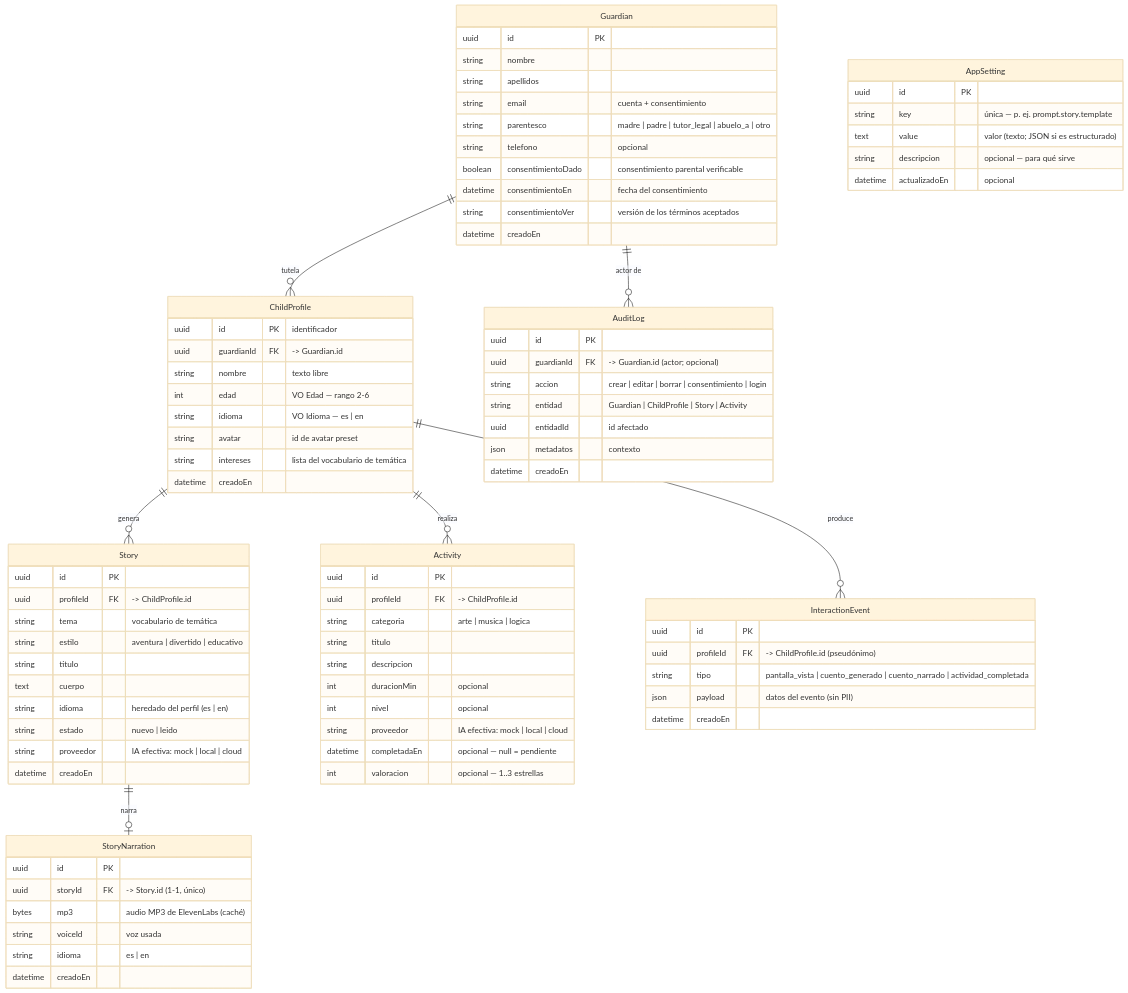
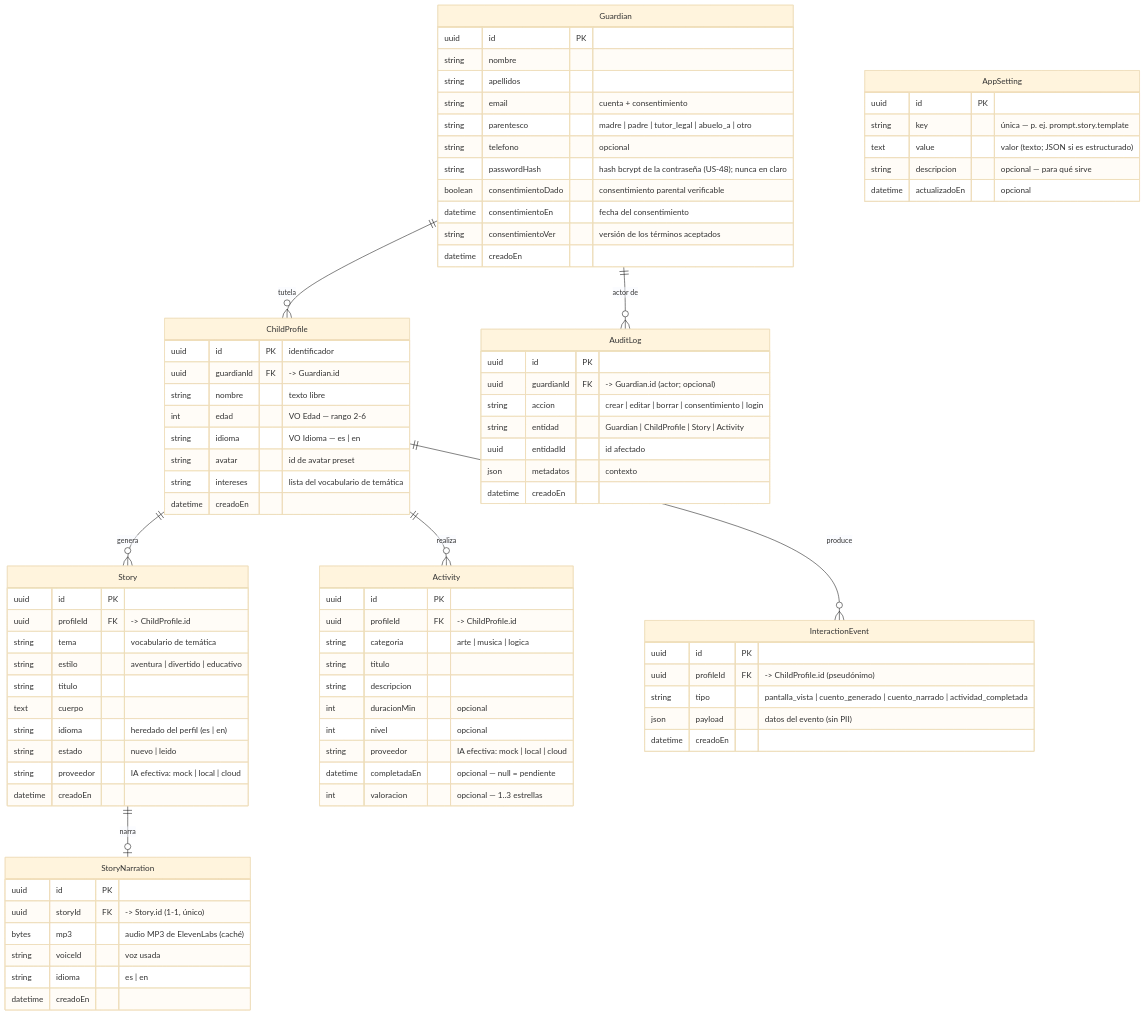
The diagram in Docs/modelo-datos.md (Mithor86-2/magyblobapp), drawn with Mermaid (base theme) before and after one commit. The commit also changed other lines of this file and 3 other files, not shown here.

```diff
--- a/Docs/modelo-datos.md
+++ b/Docs/modelo-datos.md
@@ -27,6 +27,7 @@
         string   email               "cuenta + consentimiento"
         string   parentesco          "madre | padre | tutor_legal | abuelo_a | otro"
         string   telefono            "opcional"
+        string   passwordHash        "hash bcrypt de la contraseña (US-48); nunca en claro"
         boolean  consentimientoDado  "consentimiento parental verificable"
         datetime consentimientoEn    "fecha del consentimiento"
         string   consentimientoVer   "versión de los términos aceptados"
```
